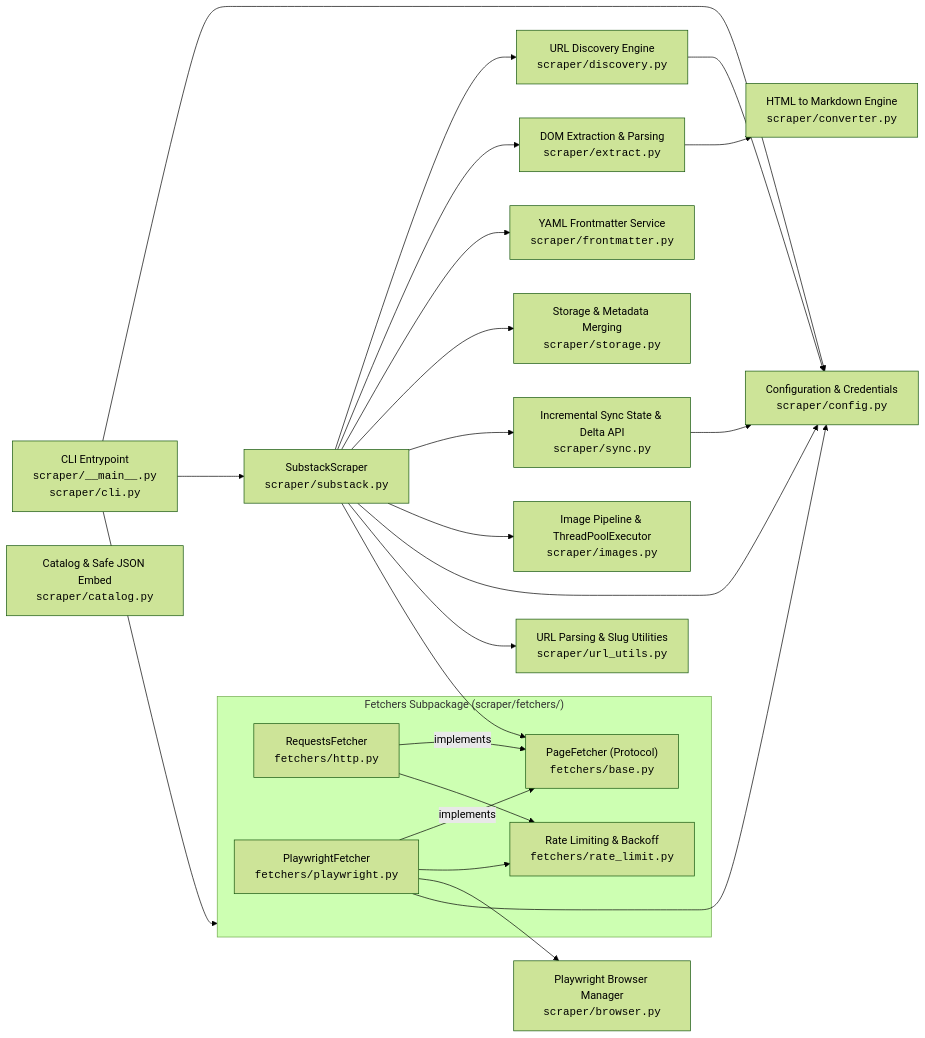
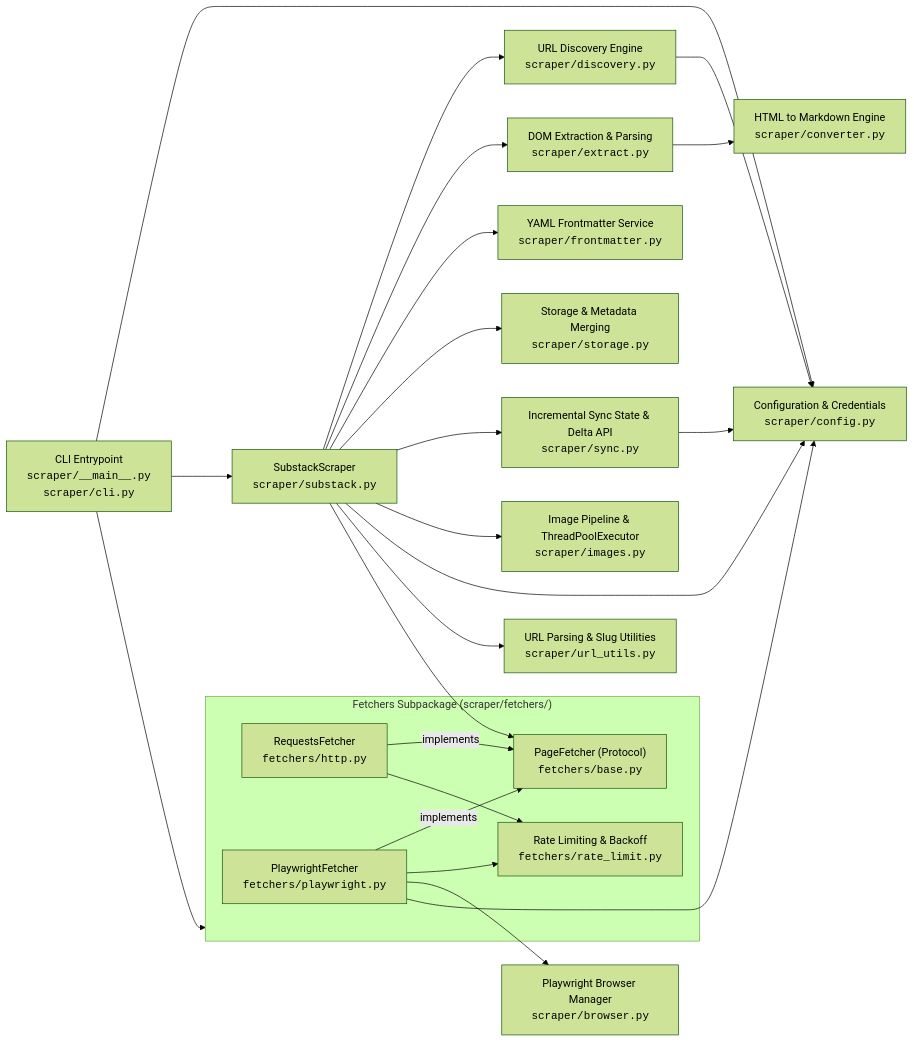
Before and after one commit to 0xfchen/SubstackAtelier: the first of 2 diagrams in AGENTS.md, drawn with Mermaid (forest theme). The commit also changed other lines of this file and 7 other files, not shown here.

Commit message:
refactor: trim scraper package exports and remove dead catalog module

````diff
--- a/AGENTS.md
+++ b/AGENTS.md
@@ -16,42 +16,41 @@
 ```mermaid
 flowchart LR
     CLI["CLI Entrypoint<br/><code>scraper/__main__.py</code><br/><code>scraper/cli.py</code>"]
     Config["Configuration & Credentials<br/><code>scraper/config.py</code>"]
     URLUtils["URL Parsing & Slug Utilities<br/><code>scraper/url_utils.py</code>"]
     Converter["HTML to Markdown Engine<br/><code>scraper/converter.py</code>"]
     Images["Image Pipeline & ThreadPoolExecutor<br/><code>scraper/images.py</code>"]
-    Catalog["Catalog & Safe JSON Embed<br/><code>scraper/catalog.py</code>"]
     Browser["Playwright Browser Manager<br/><code>scraper/browser.py</code>"]
     Discovery["URL Discovery Engine<br/><code>scraper/discovery.py</code>"]
     Extract["DOM Extraction & Parsing<br/><code>scraper/extract.py</code>"]
     Frontmatter["YAML Frontmatter Service<br/><code>scraper/frontmatter.py</code>"]
     Storage["Storage & Metadata Merging<br/><code>scraper/storage.py</code>"]
     Sync["Incremental Sync State & Delta API<br/><code>scraper/sync.py</code>"]
 
     subgraph Fetchers ["Fetchers Subpackage (scraper/fetchers/)"]
         PageFetcher["PageFetcher (Protocol)<br/><code>fetchers/base.py</code>"]
         RequestsFetcher["RequestsFetcher<br/><code>fetchers/http.py</code>"]
         PlaywrightFetcher["PlaywrightFetcher<br/><code>fetchers/playwright.py</code>"]
         RateLimit["Rate Limiting & Backoff<br/><code>fetchers/rate_limit.py</code>"]
     end
 
     SubstackScraper["SubstackScraper<br/><code>scraper/substack.py</code>"]
 
     CLI --> Config
     CLI --> Fetchers
     CLI --> SubstackScraper
     
     SubstackScraper --> PageFetcher
     RequestsFetcher -- implements --> PageFetcher
     PlaywrightFetcher -- implements --> PageFetcher
     RequestsFetcher --> RateLimit
     PlaywrightFetcher --> RateLimit
     
     SubstackScraper --> Discovery & Extract & Frontmatter & Storage & Sync & Images & Config & URLUtils
     Extract --> Converter
     Discovery --> Config
     Sync --> Config
     
     PlaywrightFetcher --> Browser
     PlaywrightFetcher --> Config
 ```
````
